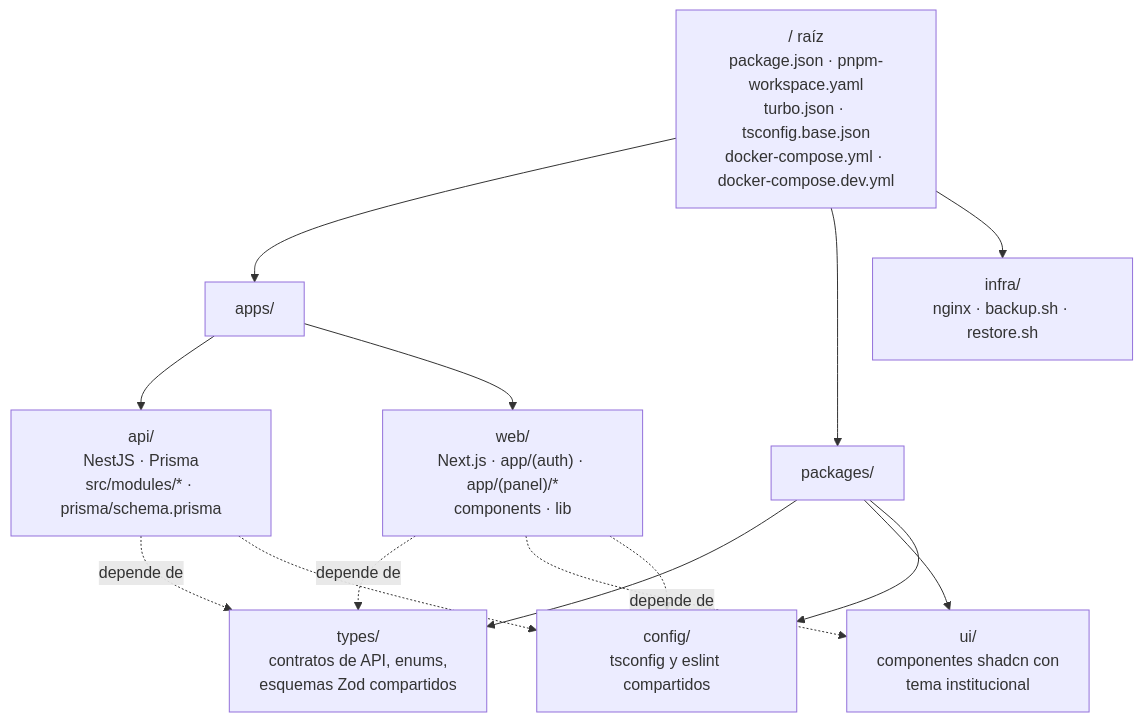
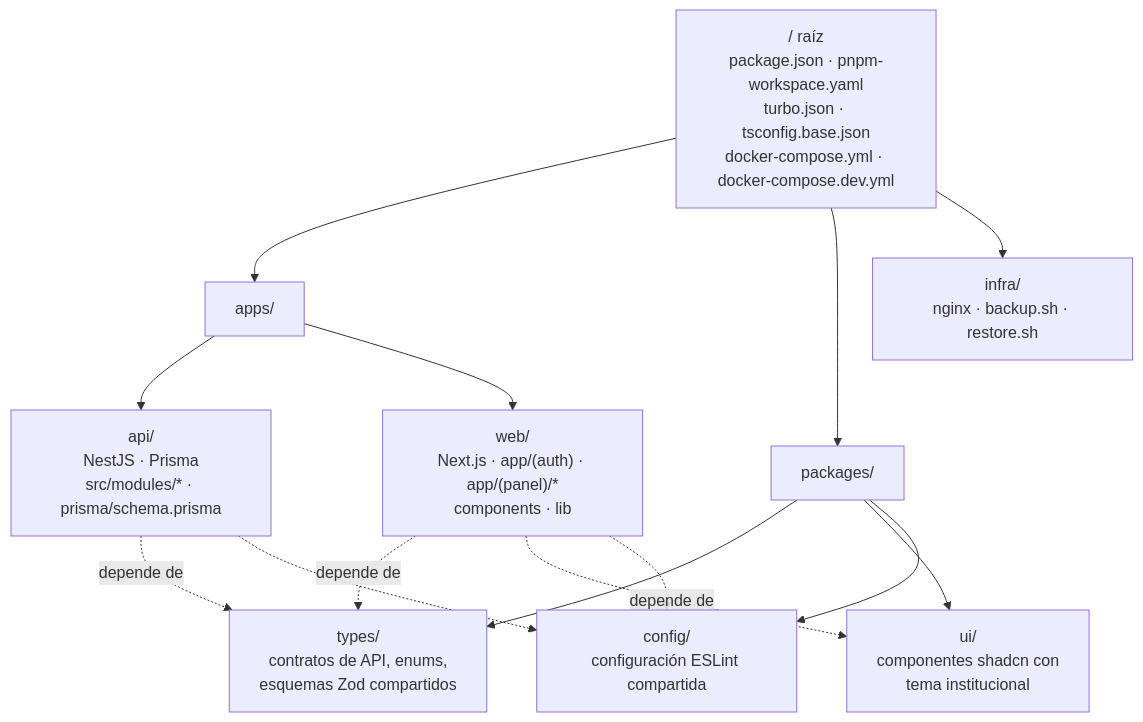
One commit to Jose27luis/SISTEMA-INTEGRAL-DE-GESTI-N-EMPRESARIAL changed the sixth of 42 diagrams in README.md. Above: the diagram before and after it, drawn with Mermaid. The commit also changed other lines of this file, not shown here.

````diff
--- a/README.md
+++ b/README.md
@@ -901,21 +901,21 @@
 ```mermaid
 flowchart TB
     ROOT["/ raíz<br/>package.json · pnpm-workspace.yaml<br/>turbo.json · tsconfig.base.json<br/>docker-compose.yml · docker-compose.dev.yml"]
 
     ROOT --> APPS["apps/"]
     ROOT --> PKG["packages/"]
     ROOT --> INFRA["infra/<br/>nginx · backup.sh · restore.sh"]
 
     APPS --> API["api/<br/>NestJS · Prisma<br/>src/modules/* · prisma/schema.prisma"]
     APPS --> WEBA["web/<br/>Next.js · app/(auth) · app/(panel)/*<br/>components · lib"]
 
     PKG --> TYP["types/<br/>contratos de API, enums,<br/>esquemas Zod compartidos"]
     PKG --> UI["ui/<br/>componentes shadcn con<br/>tema institucional"]
-    PKG --> CFG["config/<br/>tsconfig y eslint compartidos"]
+    PKG --> CFG["config/<br/>configuración ESLint compartida"]
 
     API -.->|"depende de"| TYP
     WEBA -.->|"depende de"| TYP
     WEBA -.->|"depende de"| UI
     API -.-> CFG
     WEBA -.-> CFG
 ```
````
